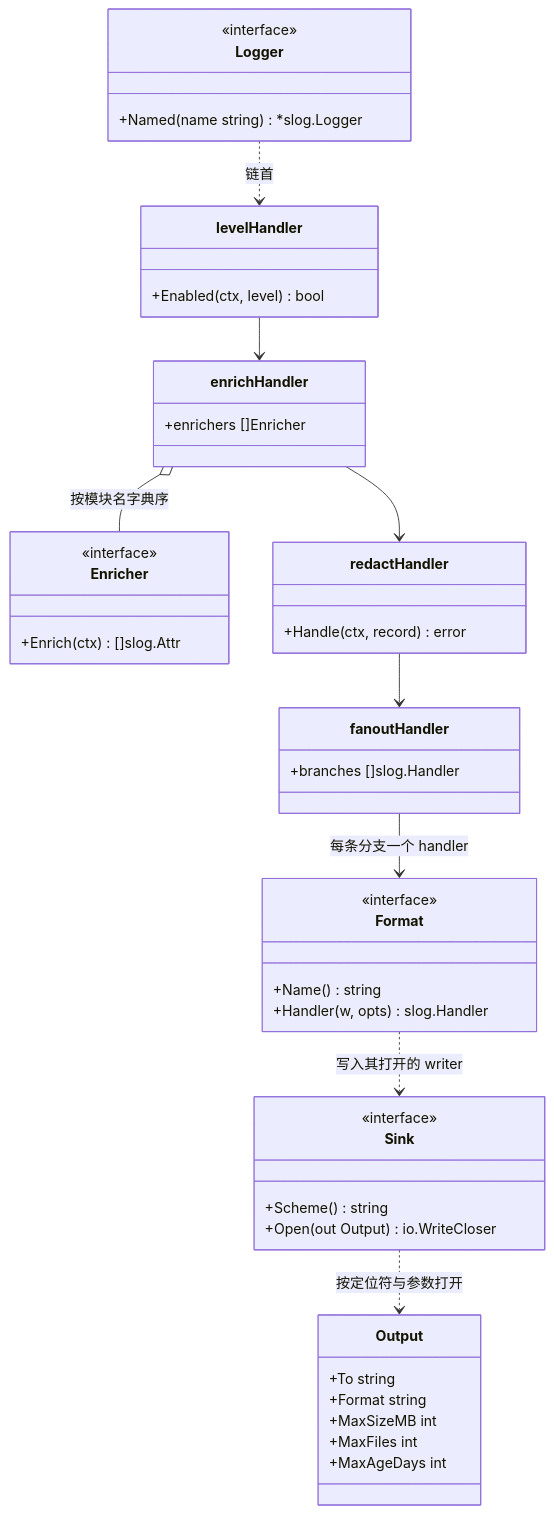
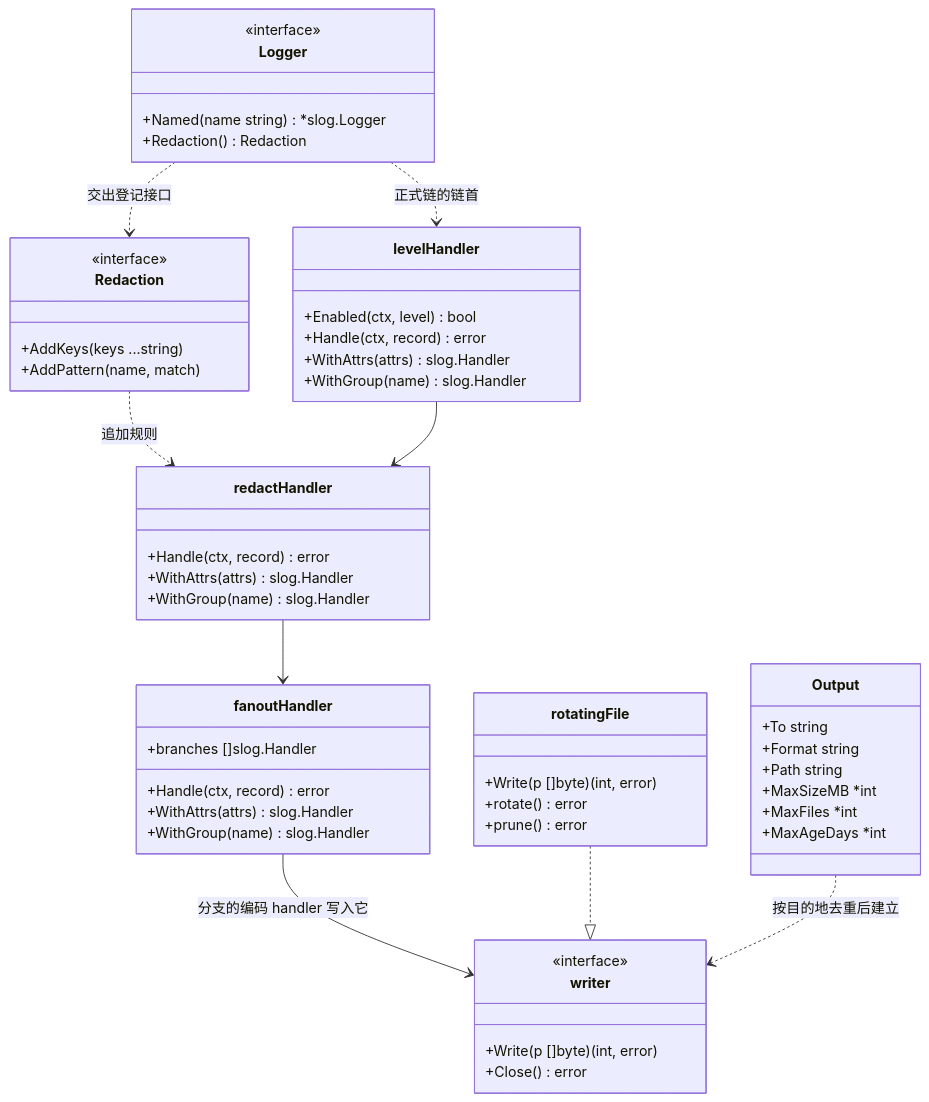
The first of 3 diagrams in docs/design/modules/design-log.md (vislake/speed), drawn with Mermaid before and after one commit. The commit also changed other lines of this file and 6 other files, not shown here.

````diff
--- a/docs/design/modules/design-log.md
+++ b/docs/design/modules/design-log.md
@@ -133,49 +172,57 @@
 ```mermaid
 classDiagram
     class Logger {
         <<interface>>
         +Named(name string) *slog.Logger
+        +Redaction() Redaction
     }
-    class Format {
+    class Redaction {
         <<interface>>
-        +Name() string
-        +Handler(w, opts) slog.Handler
+        +AddKeys(keys ...string)
+        +AddPattern(name, match)
     }
-    class Sink {
+    class levelHandler {
+        +Enabled(ctx, level) bool
+        +Handle(ctx, record) error
+        +WithAttrs(attrs) slog.Handler
+        +WithGroup(name) slog.Handler
+    }
+    class redactHandler {
+        +Handle(ctx, record) error
+        +WithAttrs(attrs) slog.Handler
+        +WithGroup(name) slog.Handler
+    }
+    class fanoutHandler {
+        +branches []slog.Handler
+        +Handle(ctx, record) error
+        +WithAttrs(attrs) slog.Handler
+        +WithGroup(name) slog.Handler
+    }
+    class writer {
         <<interface>>
-        +Scheme() string
-        +Open(out Output) io.WriteCloser
+        +Write(p []byte) (int, error)
+        +Close() error
     }
-    class Enricher {
-        <<interface>>
-        +Enrich(ctx) []slog.Attr
+    class rotatingFile {
+        +Write(p []byte) (int, error)
+        +rotate() error
+        +prune() error
     }
     class Output {
         +To string
         +Format string
-        +MaxSizeMB int
-        +MaxFiles int
-        +MaxAgeDays int
-    }
-    class levelHandler {
-        +Enabled(ctx, level) bool
-    }
-    class enrichHandler {
-        +enrichers []Enricher
-    }
-    class redactHandler {
-        +Handle(ctx, record) error
-    }
-    class fanoutHandler {
-        +branches []slog.Handler
+        +Path string
+        +MaxSizeMB *int
+        +MaxFiles *int
+        +MaxAgeDays *int
     }
 
-    Logger ..> levelHandler : 链首
-    levelHandler --> enrichHandler
-    enrichHandler --> redactHandler
+    Logger ..> levelHandler : 正式链的链首
+    Logger ..> Redaction : 交出登记接口
+    Redaction ..> redactHandler : 追加规则
+    levelHandler --> redactHandler
     redactHandler --> fanoutHandler
-    fanoutHandler --> Format : 每条分支一个 handler
-    enrichHandler o-- Enricher : 按模块名字典序
-    Format ..> Sink : 写入其打开的 writer
-    Sink ..> Output : 按定位符与参数打开
+    fanoutHandler --> writer : 分支的编码 handler 写入它
+    rotatingFile ..|> writer
+    Output ..> writer : 按目的地去重后建立
 ```
````
